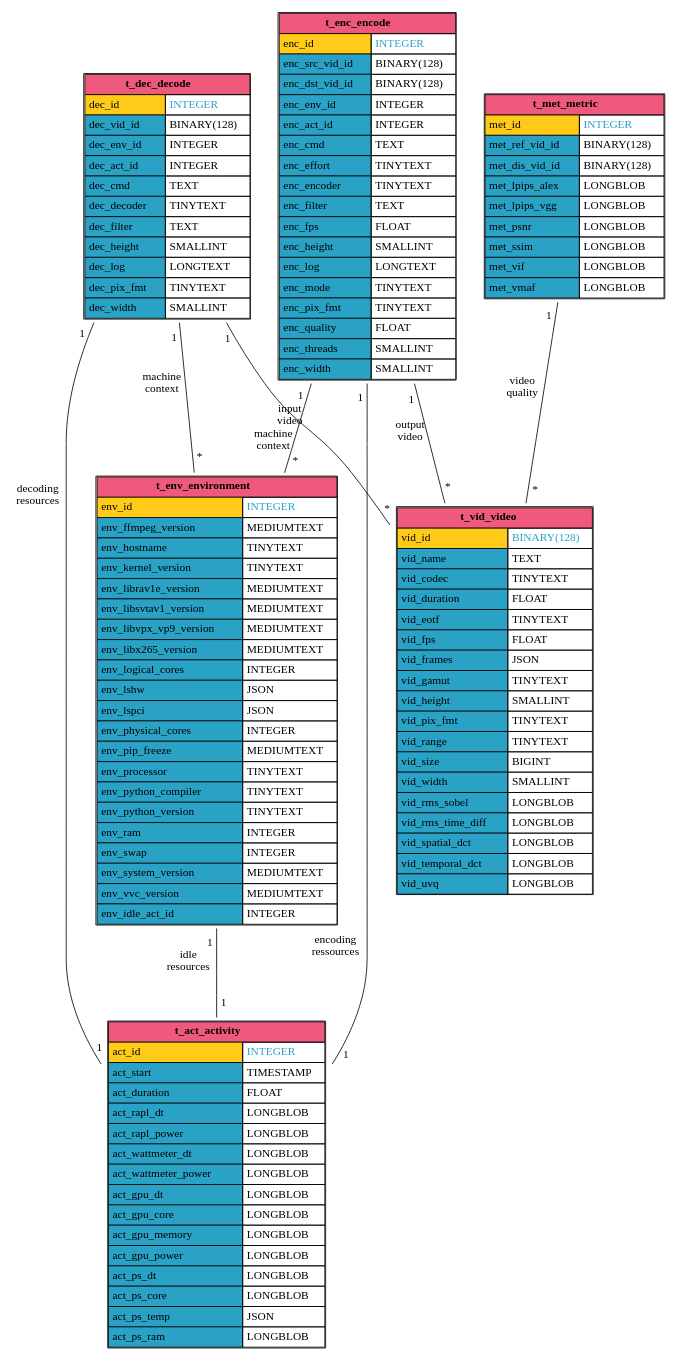
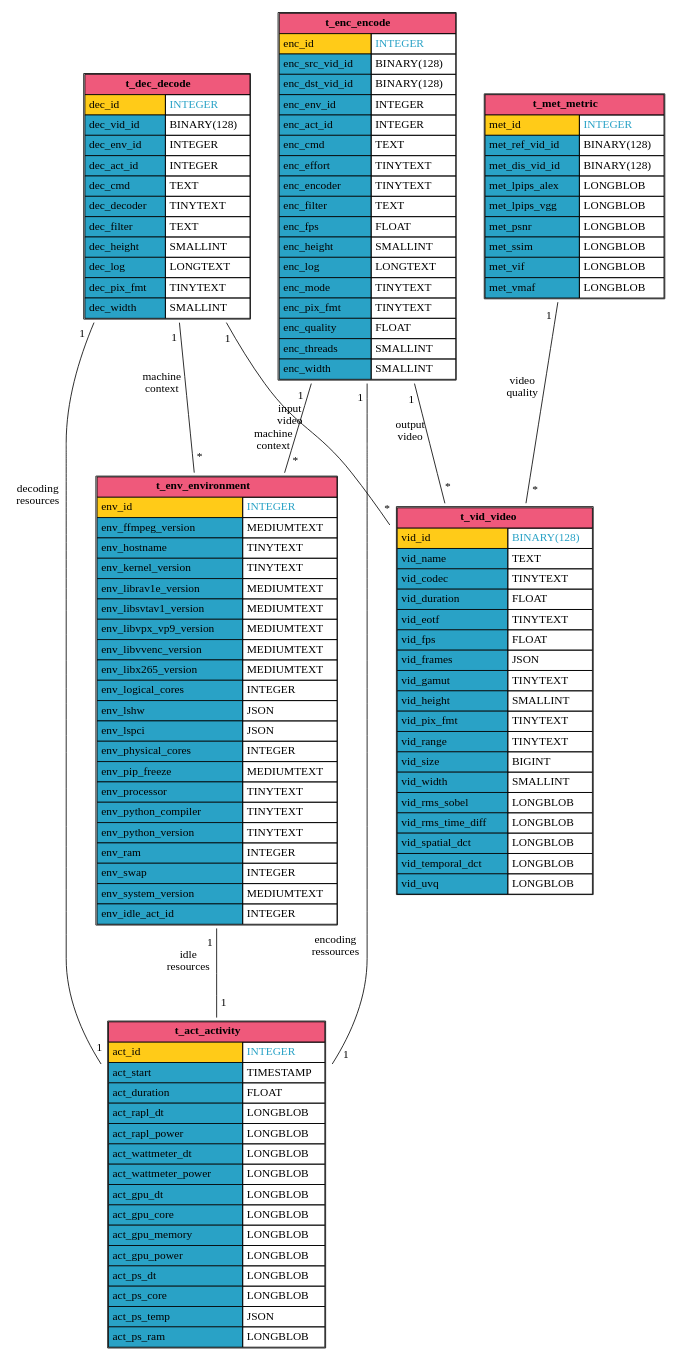
One commit to robinechuca/mendevi changed the diagram in docs/media/sql_database.dot. Above: the diagram before and after it, drawn with Graphviz. The commit also changed 18 other files, not shown here.

Commit message:
change vvc for libvvenc, add libvvdec

```diff
--- a/docs/media/sql_database.dot
+++ b/docs/media/sql_database.dot
@@ -1,146 +1,146 @@
 # dot -Tpdf sql_database.dot -o /tmp/sql_database.pdf && pdfcrop /tmp/sql_database.pdf sql_database.pdf
 # dot -Tsvg sql_database.dot > sql_database.svg
 graph database {
   node [shape=plaintext]
   t_act_activity [
     label=<
       <TABLE BORDER="1" CELLBORDER="1" CELLSPACING="0" CELLPADDING="4">
         <TR><TD COLSPAN="2" BGCOLOR="#ef597b"><B>t_act_activity</B></TD></TR>
         <TR><TD ALIGN="LEFT" BGCOLOR="#ffcb18">act_id</TD><TD ALIGN="LEFT"><FONT COLOR="#29a2c6">INTEGER</FONT></TD></TR>
         <TR><TD ALIGN="LEFT" BGCOLOR="#29a2c6">act_start</TD><TD ALIGN="LEFT">TIMESTAMP</TD></TR>
         <TR><TD ALIGN="LEFT" BGCOLOR="#29a2c6">act_duration</TD><TD ALIGN="LEFT">FLOAT</TD></TR>
         <TR><TD ALIGN="LEFT" BGCOLOR="#29a2c6">act_rapl_dt</TD><TD ALIGN="LEFT">LONGBLOB</TD></TR>
         <TR><TD ALIGN="LEFT" BGCOLOR="#29a2c6">act_rapl_power</TD><TD ALIGN="LEFT">LONGBLOB</TD></TR>
         <TR><TD ALIGN="LEFT" BGCOLOR="#29a2c6">act_wattmeter_dt</TD><TD ALIGN="LEFT">LONGBLOB</TD></TR>
         <TR><TD ALIGN="LEFT" BGCOLOR="#29a2c6">act_wattmeter_power</TD><TD ALIGN="LEFT">LONGBLOB</TD></TR>
         <TR><TD ALIGN="LEFT" BGCOLOR="#29a2c6">act_gpu_dt</TD><TD ALIGN="LEFT">LONGBLOB</TD></TR>
         <TR><TD ALIGN="LEFT" BGCOLOR="#29a2c6">act_gpu_core</TD><TD ALIGN="LEFT">LONGBLOB</TD></TR>
         <TR><TD ALIGN="LEFT" BGCOLOR="#29a2c6">act_gpu_memory</TD><TD ALIGN="LEFT">LONGBLOB</TD></TR>
         <TR><TD ALIGN="LEFT" BGCOLOR="#29a2c6">act_gpu_power</TD><TD ALIGN="LEFT">LONGBLOB</TD></TR>
         <TR><TD ALIGN="LEFT" BGCOLOR="#29a2c6">act_ps_dt</TD><TD ALIGN="LEFT">LONGBLOB</TD></TR>
         <TR><TD ALIGN="LEFT" BGCOLOR="#29a2c6">act_ps_core</TD><TD ALIGN="LEFT">LONGBLOB</TD></TR>
         <TR><TD ALIGN="LEFT" BGCOLOR="#29a2c6">act_ps_temp</TD><TD ALIGN="LEFT">JSON</TD></TR>
         <TR><TD ALIGN="LEFT" BGCOLOR="#29a2c6">act_ps_ram</TD><TD ALIGN="LEFT">LONGBLOB</TD></TR>
       </TABLE>
     >
   ];
   t_vid_video [
     label=<
       <TABLE BORDER="1" CELLBORDER="1" CELLSPACING="0" CELLPADDING="4">
         <TR><TD COLSPAN="2" BGCOLOR="#ef597b"><B>t_vid_video</B></TD></TR>
         <TR><TD ALIGN="LEFT" BGCOLOR="#ffcb18">vid_id</TD><TD ALIGN="LEFT"><FONT COLOR="#29a2c6">BINARY(128)</FONT></TD></TR>
         <TR><TD ALIGN="LEFT" BGCOLOR="#29a2c6">vid_name</TD><TD ALIGN="LEFT">TEXT</TD></TR>
         <TR><TD ALIGN="LEFT" BGCOLOR="#29a2c6">vid_codec</TD><TD ALIGN="LEFT">TINYTEXT</TD></TR>
         <TR><TD ALIGN="LEFT" BGCOLOR="#29a2c6">vid_duration</TD><TD ALIGN="LEFT">FLOAT</TD></TR>
         <TR><TD ALIGN="LEFT" BGCOLOR="#29a2c6">vid_eotf</TD><TD ALIGN="LEFT">TINYTEXT</TD></TR>
         <TR><TD ALIGN="LEFT" BGCOLOR="#29a2c6">vid_fps</TD><TD ALIGN="LEFT">FLOAT</TD></TR>
         <TR><TD ALIGN="LEFT" BGCOLOR="#29a2c6">vid_frames</TD><TD ALIGN="LEFT">JSON</TD></TR>
         <TR><TD ALIGN="LEFT" BGCOLOR="#29a2c6">vid_gamut</TD><TD ALIGN="LEFT">TINYTEXT</TD></TR>
         <TR><TD ALIGN="LEFT" BGCOLOR="#29a2c6">vid_height</TD><TD ALIGN="LEFT">SMALLINT</TD></TR>
         <TR><TD ALIGN="LEFT" BGCOLOR="#29a2c6">vid_pix_fmt</TD><TD ALIGN="LEFT">TINYTEXT</TD></TR>
         <TR><TD ALIGN="LEFT" BGCOLOR="#29a2c6">vid_range</TD><TD ALIGN="LEFT">TINYTEXT</TD></TR>
         <TR><TD ALIGN="LEFT" BGCOLOR="#29a2c6">vid_size</TD><TD ALIGN="LEFT">BIGINT</TD></TR>
         <TR><TD ALIGN="LEFT" BGCOLOR="#29a2c6">vid_width</TD><TD ALIGN="LEFT">SMALLINT</TD></TR>
         <TR><TD ALIGN="LEFT" BGCOLOR="#29a2c6">vid_rms_sobel</TD><TD ALIGN="LEFT">LONGBLOB</TD></TR>
         <TR><TD ALIGN="LEFT" BGCOLOR="#29a2c6">vid_rms_time_diff</TD><TD ALIGN="LEFT">LONGBLOB</TD></TR>
         <TR><TD ALIGN="LEFT" BGCOLOR="#29a2c6">vid_spatial_dct</TD><TD ALIGN="LEFT">LONGBLOB</TD></TR>
         <TR><TD ALIGN="LEFT" BGCOLOR="#29a2c6">vid_temporal_dct</TD><TD ALIGN="LEFT">LONGBLOB</TD></TR>
         <TR><TD ALIGN="LEFT" BGCOLOR="#29a2c6">vid_uvq</TD><TD ALIGN="LEFT">LONGBLOB</TD></TR>
       </TABLE>
     >
   ];
   t_met_metric [
     label=<
       <TABLE BORDER="1" CELLBORDER="1" CELLSPACING="0" CELLPADDING="4">
         <TR><TD COLSPAN="2" BGCOLOR="#ef597b"><B>t_met_metric</B></TD></TR>
         <TR><TD ALIGN="LEFT" BGCOLOR="#ffcb18">met_id</TD><TD ALIGN="LEFT"><FONT COLOR="#29a2c6">INTEGER</FONT></TD></TR>
         <TR><TD ALIGN="LEFT" BGCOLOR="#29a2c6">met_ref_vid_id</TD><TD ALIGN="LEFT">BINARY(128)</TD></TR>
         <TR><TD ALIGN="LEFT" BGCOLOR="#29a2c6">met_dis_vid_id</TD><TD ALIGN="LEFT">BINARY(128)</TD></TR>
         <TR><TD ALIGN="LEFT" BGCOLOR="#29a2c6">met_lpips_alex</TD><TD ALIGN="LEFT">LONGBLOB</TD></TR>
         <TR><TD ALIGN="LEFT" BGCOLOR="#29a2c6">met_lpips_vgg</TD><TD ALIGN="LEFT">LONGBLOB</TD></TR>
         <TR><TD ALIGN="LEFT" BGCOLOR="#29a2c6">met_psnr</TD><TD ALIGN="LEFT">LONGBLOB</TD></TR>
         <TR><TD ALIGN="LEFT" BGCOLOR="#29a2c6">met_ssim</TD><TD ALIGN="LEFT">LONGBLOB</TD></TR>
         <TR><TD ALIGN="LEFT" BGCOLOR="#29a2c6">met_vif</TD><TD ALIGN="LEFT">LONGBLOB</TD></TR>
         <TR><TD ALIGN="LEFT" BGCOLOR="#29a2c6">met_vmaf</TD><TD ALIGN="LEFT">LONGBLOB</TD></TR>
       </TABLE>
     >
   ];
   t_env_environment [
     label=<
       <TABLE BORDER="1" CELLBORDER="1" CELLSPACING="0" CELLPADDING="4">
         <TR><TD COLSPAN="2" BGCOLOR="#ef597b"><B>t_env_environment</B></TD></TR>
         <TR><TD ALIGN="LEFT" BGCOLOR="#ffcb18">env_id</TD><TD ALIGN="LEFT"><FONT COLOR="#29a2c6">INTEGER</FONT></TD></TR>
         <TR><TD ALIGN="LEFT" BGCOLOR="#29a2c6">env_ffmpeg_version</TD><TD ALIGN="LEFT">MEDIUMTEXT</TD></TR>
         <TR><TD ALIGN="LEFT" BGCOLOR="#29a2c6">env_hostname</TD><TD ALIGN="LEFT">TINYTEXT</TD></TR>
         <TR><TD ALIGN="LEFT" BGCOLOR="#29a2c6">env_kernel_version</TD><TD ALIGN="LEFT">TINYTEXT</TD></TR>
         <TR><TD ALIGN="LEFT" BGCOLOR="#29a2c6">env_librav1e_version</TD><TD ALIGN="LEFT">MEDIUMTEXT</TD></TR>
         <TR><TD ALIGN="LEFT" BGCOLOR="#29a2c6">env_libsvtav1_version</TD><TD ALIGN="LEFT">MEDIUMTEXT</TD></TR>
         <TR><TD ALIGN="LEFT" BGCOLOR="#29a2c6">env_libvpx_vp9_version</TD><TD ALIGN="LEFT">MEDIUMTEXT</TD></TR>
+        <TR><TD ALIGN="LEFT" BGCOLOR="#29a2c6">env_libvvenc_version</TD><TD ALIGN="LEFT">MEDIUMTEXT</TD></TR>
         <TR><TD ALIGN="LEFT" BGCOLOR="#29a2c6">env_libx265_version</TD><TD ALIGN="LEFT">MEDIUMTEXT</TD></TR>
         <TR><TD ALIGN="LEFT" BGCOLOR="#29a2c6">env_logical_cores</TD><TD ALIGN="LEFT">INTEGER</TD></TR>
         <TR><TD ALIGN="LEFT" BGCOLOR="#29a2c6">env_lshw</TD><TD ALIGN="LEFT">JSON</TD></TR>
         <TR><TD ALIGN="LEFT" BGCOLOR="#29a2c6">env_lspci</TD><TD ALIGN="LEFT">JSON</TD></TR>
         <TR><TD ALIGN="LEFT" BGCOLOR="#29a2c6">env_physical_cores</TD><TD ALIGN="LEFT">INTEGER</TD></TR>
         <TR><TD ALIGN="LEFT" BGCOLOR="#29a2c6">env_pip_freeze</TD><TD ALIGN="LEFT">MEDIUMTEXT</TD></TR>
         <TR><TD ALIGN="LEFT" BGCOLOR="#29a2c6">env_processor</TD><TD ALIGN="LEFT">TINYTEXT</TD></TR>
         <TR><TD ALIGN="LEFT" BGCOLOR="#29a2c6">env_python_compiler</TD><TD ALIGN="LEFT">TINYTEXT</TD></TR>
         <TR><TD ALIGN="LEFT" BGCOLOR="#29a2c6">env_python_version</TD><TD ALIGN="LEFT">TINYTEXT</TD></TR>
         <TR><TD ALIGN="LEFT" BGCOLOR="#29a2c6">env_ram</TD><TD ALIGN="LEFT">INTEGER</TD></TR>
         <TR><TD ALIGN="LEFT" BGCOLOR="#29a2c6">env_swap</TD><TD ALIGN="LEFT">INTEGER</TD></TR>
         <TR><TD ALIGN="LEFT" BGCOLOR="#29a2c6">env_system_version</TD><TD ALIGN="LEFT">MEDIUMTEXT</TD></TR>
-        <TR><TD ALIGN="LEFT" BGCOLOR="#29a2c6">env_vvc_version</TD><TD ALIGN="LEFT">MEDIUMTEXT</TD></TR>
         <TR><TD ALIGN="LEFT" BGCOLOR="#29a2c6">env_idle_act_id</TD><TD ALIGN="LEFT">INTEGER</TD></TR>
       </TABLE>
     >
   ];
   t_dec_decode [
     label=<
       <TABLE BORDER="1" CELLBORDER="1" CELLSPACING="0" CELLPADDING="4">
         <TR><TD COLSPAN="2" BGCOLOR="#ef597b"><B>t_dec_decode</B></TD></TR>
         <TR><TD ALIGN="LEFT" BGCOLOR="#ffcb18">dec_id</TD><TD ALIGN="LEFT"><FONT COLOR="#29a2c6">INTEGER</FONT></TD></TR>
         <TR><TD ALIGN="LEFT" BGCOLOR="#29a2c6">dec_vid_id</TD><TD ALIGN="LEFT">BINARY(128)</TD></TR>
         <TR><TD ALIGN="LEFT" BGCOLOR="#29a2c6">dec_env_id</TD><TD ALIGN="LEFT">INTEGER</TD></TR>
         <TR><TD ALIGN="LEFT" BGCOLOR="#29a2c6">dec_act_id</TD><TD ALIGN="LEFT">INTEGER</TD></TR>
         <TR><TD ALIGN="LEFT" BGCOLOR="#29a2c6">dec_cmd</TD><TD ALIGN="LEFT">TEXT</TD></TR>
         <TR><TD ALIGN="LEFT" BGCOLOR="#29a2c6">dec_decoder</TD><TD ALIGN="LEFT">TINYTEXT</TD></TR>
         <TR><TD ALIGN="LEFT" BGCOLOR="#29a2c6">dec_filter</TD><TD ALIGN="LEFT">TEXT</TD></TR>
         <TR><TD ALIGN="LEFT" BGCOLOR="#29a2c6">dec_height</TD><TD ALIGN="LEFT">SMALLINT</TD></TR>
         <TR><TD ALIGN="LEFT" BGCOLOR="#29a2c6">dec_log</TD><TD ALIGN="LEFT">LONGTEXT</TD></TR>
         <TR><TD ALIGN="LEFT" BGCOLOR="#29a2c6">dec_pix_fmt</TD><TD ALIGN="LEFT">TINYTEXT</TD></TR>
         <TR><TD ALIGN="LEFT" BGCOLOR="#29a2c6">dec_width</TD><TD ALIGN="LEFT">SMALLINT</TD></TR>
       </TABLE>
     >
   ];
   t_enc_encode [
     label=<
       <TABLE BORDER="1" CELLBORDER="1" CELLSPACING="0" CELLPADDING="4">
         <TR><TD COLSPAN="2" BGCOLOR="#ef597b"><B>t_enc_encode</B></TD></TR>
         <TR><TD ALIGN="LEFT" BGCOLOR="#ffcb18">enc_id</TD><TD ALIGN="LEFT"><FONT COLOR="#29a2c6">INTEGER</FONT></TD></TR>
         <TR><TD ALIGN="LEFT" BGCOLOR="#29a2c6">enc_src_vid_id</TD><TD ALIGN="LEFT">BINARY(128)</TD></TR>
         <TR><TD ALIGN="LEFT" BGCOLOR="#29a2c6">enc_dst_vid_id</TD><TD ALIGN="LEFT">BINARY(128)</TD></TR>
         <TR><TD ALIGN="LEFT" BGCOLOR="#29a2c6">enc_env_id</TD><TD ALIGN="LEFT">INTEGER</TD></TR>
         <TR><TD ALIGN="LEFT" BGCOLOR="#29a2c6">enc_act_id</TD><TD ALIGN="LEFT">INTEGER</TD></TR>
         <TR><TD ALIGN="LEFT" BGCOLOR="#29a2c6">enc_cmd</TD><TD ALIGN="LEFT">TEXT</TD></TR>
         <TR><TD ALIGN="LEFT" BGCOLOR="#29a2c6">enc_effort</TD><TD ALIGN="LEFT">TINYTEXT</TD></TR>
         <TR><TD ALIGN="LEFT" BGCOLOR="#29a2c6">enc_encoder</TD><TD ALIGN="LEFT">TINYTEXT</TD></TR>
         <TR><TD ALIGN="LEFT" BGCOLOR="#29a2c6">enc_filter</TD><TD ALIGN="LEFT">TEXT</TD></TR>
         <TR><TD ALIGN="LEFT" BGCOLOR="#29a2c6">enc_fps</TD><TD ALIGN="LEFT">FLOAT</TD></TR>
         <TR><TD ALIGN="LEFT" BGCOLOR="#29a2c6">enc_height</TD><TD ALIGN="LEFT">SMALLINT</TD></TR>
         <TR><TD ALIGN="LEFT" BGCOLOR="#29a2c6">enc_log</TD><TD ALIGN="LEFT">LONGTEXT</TD></TR>
         <TR><TD ALIGN="LEFT" BGCOLOR="#29a2c6">enc_mode</TD><TD ALIGN="LEFT">TINYTEXT</TD></TR>
         <TR><TD ALIGN="LEFT" BGCOLOR="#29a2c6">enc_pix_fmt</TD><TD ALIGN="LEFT">TINYTEXT</TD></TR>
         <TR><TD ALIGN="LEFT" BGCOLOR="#29a2c6">enc_quality</TD><TD ALIGN="LEFT">FLOAT</TD></TR>
         <TR><TD ALIGN="LEFT" BGCOLOR="#29a2c6">enc_threads</TD><TD ALIGN="LEFT">SMALLINT</TD></TR>
         <TR><TD ALIGN="LEFT" BGCOLOR="#29a2c6">enc_width</TD><TD ALIGN="LEFT">SMALLINT</TD></TR>
       </TABLE>
     >
   ];
   t_enc_encode -- t_act_activity [minlen=3 taillabel="1" headlabel="1" xlabel="encoding\nressources" labeldistance=2.0]
   t_enc_encode -- t_env_environment [minlen=3 taillabel="1" headlabel="*" xlabel="machine\ncontext" labeldistance=2.0]
   t_enc_encode -- t_vid_video [minlen=3 taillabel="1" headlabel="*" xlabel="output\nvideo" labeldistance=2.0]
   t_met_metric -- t_vid_video [minlen=3 taillabel="1" headlabel="*" xlabel="video\nquality" labeldistance=2.0]
   t_dec_decode -- t_act_activity [minlen=3 taillabel="1" headlabel="1" xlabel="decoding\nresources" labeldistance=2.0]
   t_dec_decode -- t_env_environment [minlen=3 taillabel="1" headlabel="*" xlabel="machine\ncontext" labeldistance=2.0]
   t_dec_decode -- t_vid_video [minlen=3 taillabel="1" headlabel="*" xlabel="input\nvideo" labeldistance=2.0]
   t_env_environment -- t_act_activity [minlen=3 taillabel="1" headlabel="1" xlabel="idle\nresources" labeldistance=2.0]
 }
```
